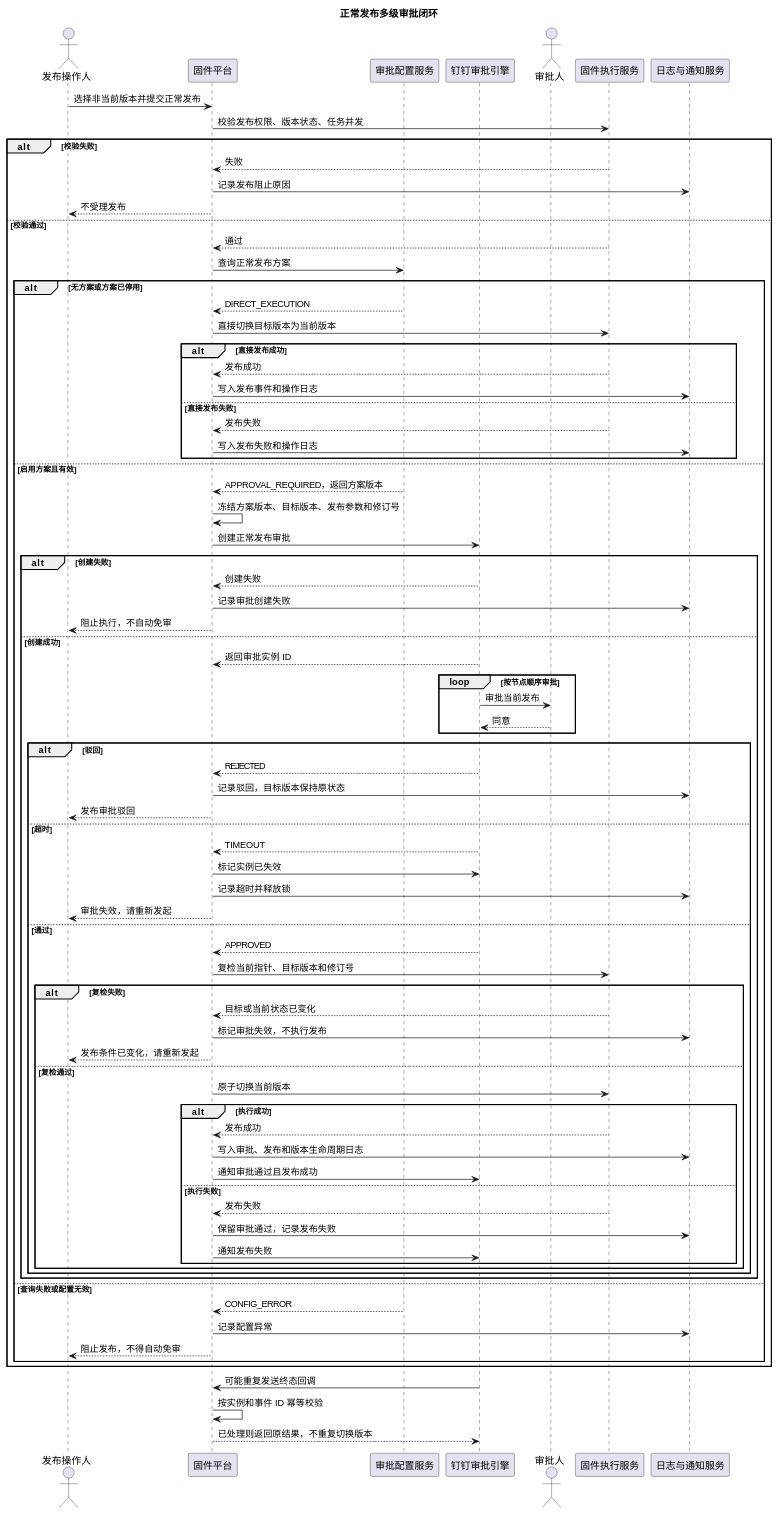
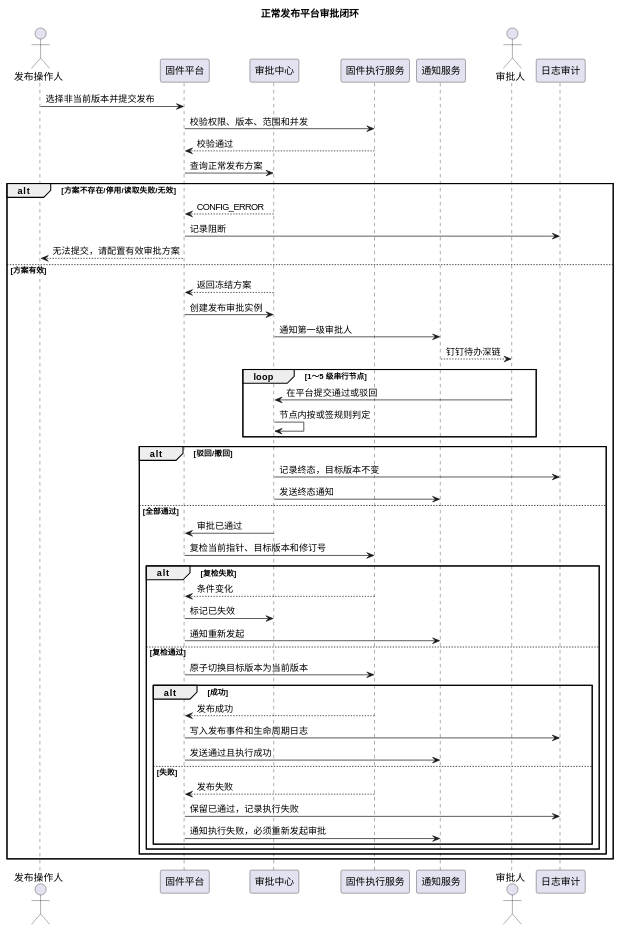
Before and after one commit to tangtangtang-tys/firmware-release-summary: the second of 4 diagrams in 产品文档/多级审批发布回滚下架_需求迭代范围与业务闭环_V1.0.md, drawn with PlantUML. The commit also changed other lines of this file and 6 other files, not shown here.

````diff
--- a/产品文档/多级审批发布回滚下架_需求迭代范围与业务闭环_V1.0.md
+++ b/产品文档/多级审批发布回滚下架_需求迭代范围与业务闭环_V1.0.md
@@ -479,88 +544,55 @@
 ```plantuml
 @startuml
-title 正常发布多级审批闭环
+title 正常发布平台审批闭环
 
 actor "发布操作人" as Operator
 participant "固件平台" as Platform
-participant "审批配置服务" as Config
-participant "钉钉审批引擎" as DingTalk
+participant "审批中心" as Center
+participant "固件执行服务" as Executor
+participant "通知服务" as Notice
 actor "审批人" as Approver
-participant "固件执行服务" as Executor
-participant "日志与通知服务" as Audit
+participant "日志审计" as Audit
 
-Operator -> Platform: 选择非当前版本并提交正常发布
-Platform -> Executor: 校验发布权限、版本状态、任务并发
-alt 校验失败
-    Executor --> Platform: 失败
-    Platform -> Audit: 记录发布阻止原因
-    Platform --> Operator: 不受理发布
-else 校验通过
-    Executor --> Platform: 通过
-    Platform -> Config: 查询正常发布方案
-    alt 无方案或方案已停用
-        Config --> Platform: DIRECT_EXECUTION
-        Platform -> Executor: 直接切换目标版本为当前版本
-        alt 直接发布成功
-            Executor --> Platform: 发布成功
-            Platform -> Audit: 写入发布事件和操作日志
-        else 直接发布失败
-            Executor --> Platform: 发布失败
-            Platform -> Audit: 写入发布失败和操作日志
-        end
-    else 启用方案且有效
-        Config --> Platform: APPROVAL_REQUIRED，返回方案版本
-        Platform -> Platform: 冻结方案版本、目标版本、发布参数和修订号
-        Platform -> DingTalk: 创建正常发布审批
-        alt 创建失败
-            DingTalk --> Platform: 创建失败
-            Platform -> Audit: 记录审批创建失败
-            Platform --> Operator: 阻止执行，不自动免审
-        else 创建成功
-            DingTalk --> Platform: 返回审批实例 ID
-            loop 按节点顺序审批
-                DingTalk -> Approver: 审批当前发布
-                Approver --> DingTalk: 同意
-            end
-            alt 驳回
-                DingTalk --> Platform: REJECTED
-                Platform -> Audit: 记录驳回，目标版本保持原状态
-                Platform --> Operator: 发布审批驳回
-            else 超时
-                DingTalk --> Platform: TIMEOUT
-                Platform -> DingTalk: 标记实例已失效
-                Platform -> Audit: 记录超时并释放锁
-                Platform --> Operator: 审批失效，请重新发起
-            else 通过
-                DingTalk --> Platform: APPROVED
-                Platform -> Executor: 复检当前指针、目标版本和修订号
-                alt 复检失败
-                    Executor --> Platform: 目标或当前状态已变化
-                    Platform -> Audit: 标记审批失效，不执行发布
-                    Platform --> Operator: 发布条件已变化，请重新发起
-                else 复检通过
-                    Platform -> Executor: 原子切换当前版本
-                    alt 执行成功
-                        Executor --> Platform: 发布成功
-                        Platform -> Audit: 写入审批、发布和版本生命周期日志
-                        Platform -> DingTalk: 通知审批通过且发布成功
-                    else 执行失败
-                        Executor --> Platform: 发布失败
-                        Platform -> Audit: 保留审批通过，记录发布失败
-                        Platform -> DingTalk: 通知发布失败
-                    end
-                end
+Operator -> Platform: 选择非当前版本并提交发布
+Platform -> Executor: 校验权限、版本、范围和并发
+Executor --> Platform: 校验通过
+Platform -> Center: 查询正常发布方案
+alt 方案不存在/停用/读取失败/无效
+    Center --> Platform: CONFIG_ERROR
+    Platform -> Audit: 记录阻断
+    Platform --> Operator: 无法提交，请配置有效审批方案
+else 方案有效
+    Center --> Platform: 返回冻结方案
+    Platform -> Center: 创建发布审批实例
+    Center -> Notice: 通知第一级审批人
+    Notice --> Approver: 钉钉待办深链
+    loop 1～5 级串行节点
+        Approver -> Center: 在平台提交通过或驳回
+        Center -> Center: 节点内按或签规则判定
+    end
+    alt 驳回/撤回
+        Center -> Audit: 记录终态，目标版本不变
+        Center -> Notice: 发送终态通知
+    else 全部通过
+        Center -> Platform: 审批已通过
+        Platform -> Executor: 复检当前指针、目标版本和修订号
+        alt 复检失败
+            Executor --> Platform: 条件变化
+            Platform -> Center: 标记已失效
+            Platform -> Notice: 通知重新发起
+        else 复检通过
+            Platform -> Executor: 原子切换目标版本为当前版本
+            alt 成功
+                Executor --> Platform: 发布成功
+                Platform -> Audit: 写入发布事件和生命周期日志
+                Platform -> Notice: 发送通过且执行成功
+            else 失败
+                Executor --> Platform: 发布失败
+                Platform -> Audit: 保留已通过，记录执行失败
+                Platform -> Notice: 通知执行失败，必须重新发起审批
             end
         end
-    else 查询失败或配置无效
-        Config --> Platform: CONFIG_ERROR
-        Platform -> Audit: 记录配置异常
-        Platform --> Operator: 阻止发布，不得自动免审
     end
 end
-
-DingTalk -> Platform: 可能重复发送终态回调
-Platform -> Platform: 按实例和事件 ID 幂等校验
-Platform --> DingTalk: 已处理则返回原结果，不重复切换版本
-
 @enduml
 ```
````
